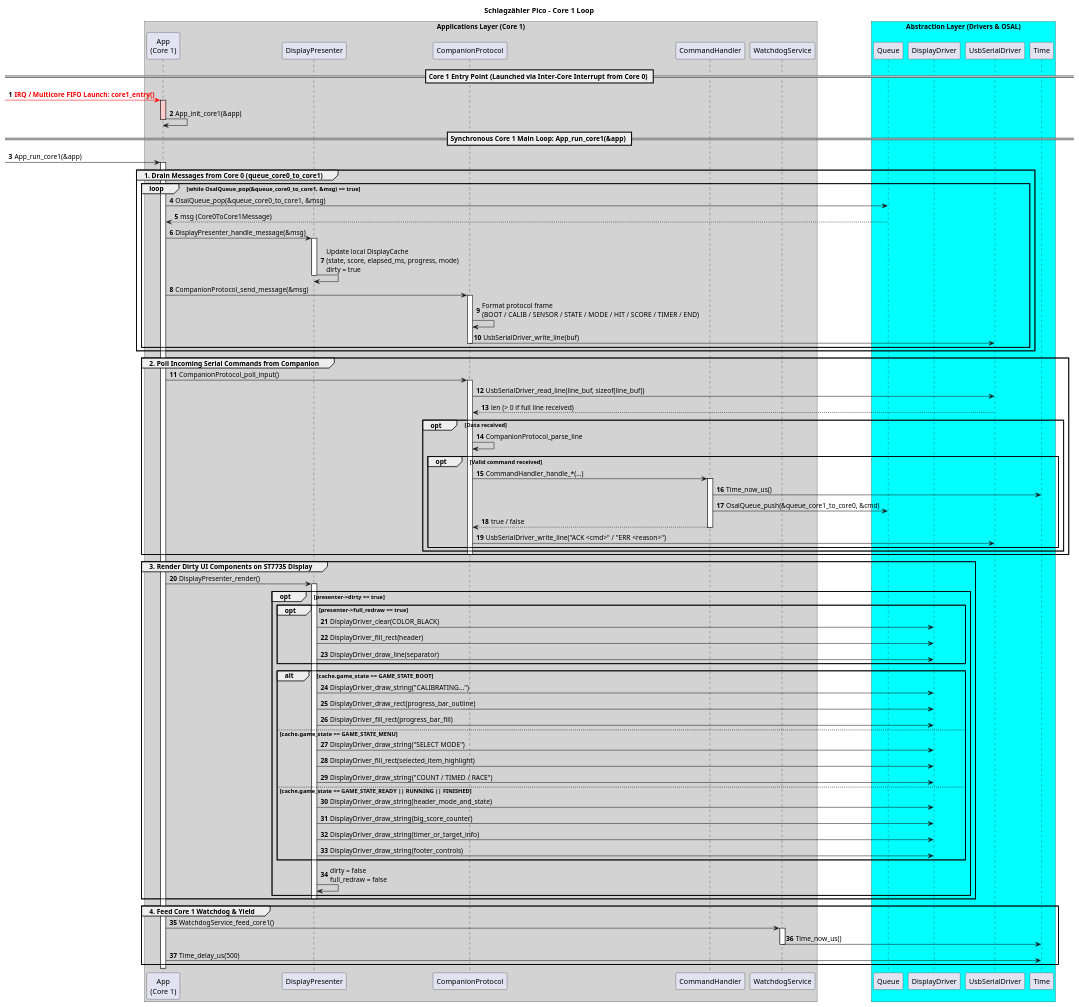
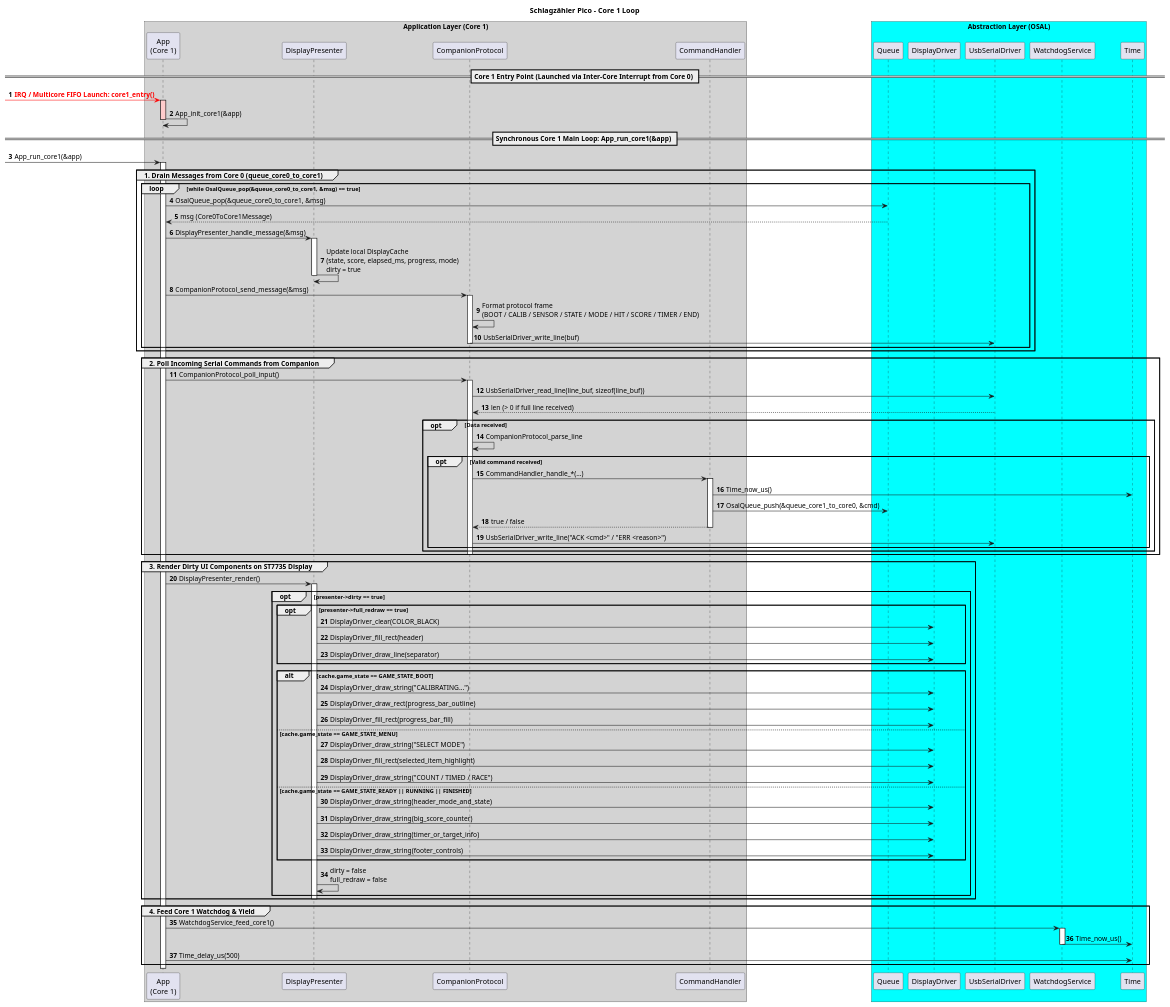
One commit to rafaelurben/raspberry-pi-pico-schlagzaehler changed the diagram in docs/diagrams/sequence_pico_core1_loop.puml. Above: the diagram before and after it, drawn with PlantUML. The commit also changed 4 other files, not shown here.

Commit message:
chore(docs): Standardise class naming in diagrams

```diff
--- a/docs/diagrams/sequence_pico_core1_loop.puml
+++ b/docs/diagrams/sequence_pico_core1_loop.puml
@@ -1,116 +1,116 @@
 @startuml
 title Schlagzähler Pico – Core 1 Loop
 
 skinparam shadowing false
 skinparam responseMessageBelowArrow true
 skinparam sequenceMessageAlign left
 autonumber
 
-box "Applications Layer (Core 1)" #LightGray
+box "Application Layer (Core 1)" #LightGray
     participant "App\n(Core 1)" as App
     participant "DisplayPresenter" as DisplayPresenter
     participant "CompanionProtocol" as CompanionProtocol
     participant "CommandHandler" as CommandHandler
-    participant "WatchdogService" as WatchdogService
 end box
 
-box "Abstraction Layer (Drivers & OSAL)" #Cyan
+box "Abstraction Layer (OSAL)" #Cyan
     participant "Queue" as Queue
     participant "DisplayDriver" as DisplayDriver
     participant "UsbSerialDriver" as UsbSerialDriver
+    participant "WatchdogService" as WatchdogService
     participant "Time" as Time
 end box
 
 == Core 1 Entry Point (Launched via Inter-Core Interrupt from Core 0) ==
 
 [-[#Red]> App : <color:Red><b>IRQ / Multicore FIFO Launch: core1_entry()</b></color>
 activate App #FFCCCC
 App -> App : App_init_core1(&app)
 deactivate App
 
 == Synchronous Core 1 Main Loop: App_run_core1(&app) ==
 
 [-> App : App_run_core1(&app)
 activate App
 
 group 1. Drain Messages from Core 0 (queue_core0_to_core1)
     loop while OsalQueue_pop(&queue_core0_to_core1, &msg) == true
         App -> Queue : OsalQueue_pop(&queue_core0_to_core1, &msg)
         Queue --> App : msg (Core0ToCore1Message)
 
         App -> DisplayPresenter : DisplayPresenter_handle_message(&msg)
         activate DisplayPresenter
         DisplayPresenter -> DisplayPresenter : Update local DisplayCache\n(state, score, elapsed_ms, progress, mode)\ndirty = true
         deactivate DisplayPresenter
 
         App -> CompanionProtocol : CompanionProtocol_send_message(&msg)
         activate CompanionProtocol
         CompanionProtocol -> CompanionProtocol : Format protocol frame\n(BOOT / CALIB / SENSOR / STATE / MODE / HIT / SCORE / TIMER / END)
         CompanionProtocol -> UsbSerialDriver : UsbSerialDriver_write_line(buf)
         deactivate CompanionProtocol
     end
 end
 
 group 2. Poll Incoming Serial Commands from Companion
     App -> CompanionProtocol : CompanionProtocol_poll_input()
     activate CompanionProtocol
     CompanionProtocol -> UsbSerialDriver : UsbSerialDriver_read_line(line_buf, sizeof(line_buf))
     UsbSerialDriver --> CompanionProtocol : len (> 0 if full line received)
 
     opt Data received
         CompanionProtocol -> CompanionProtocol : CompanionProtocol_parse_line
         opt Valid command received
             CompanionProtocol -> CommandHandler : CommandHandler_handle_*(...)
             activate CommandHandler
             CommandHandler -> Time : Time_now_us()
             CommandHandler -> Queue : OsalQueue_push(&queue_core1_to_core0, &cmd)
             CommandHandler --> CompanionProtocol : true / false
             deactivate CommandHandler
             CompanionProtocol -> UsbSerialDriver : UsbSerialDriver_write_line("ACK <cmd>" / "ERR <reason>")
         end
     end
     deactivate CompanionProtocol
 end
 
 group 3. Render Dirty UI Components on ST7735 Display
     App -> DisplayPresenter : DisplayPresenter_render()
     activate DisplayPresenter
     opt presenter->dirty == true
         opt presenter->full_redraw == true
             DisplayPresenter -> DisplayDriver : DisplayDriver_clear(COLOR_BLACK)
             DisplayPresenter -> DisplayDriver : DisplayDriver_fill_rect(header)
             DisplayPresenter -> DisplayDriver : DisplayDriver_draw_line(separator)
         end
 
         alt cache.game_state == GAME_STATE_BOOT
             DisplayPresenter -> DisplayDriver : DisplayDriver_draw_string("CALIBRATING...")
             DisplayPresenter -> DisplayDriver : DisplayDriver_draw_rect(progress_bar_outline)
             DisplayPresenter -> DisplayDriver : DisplayDriver_fill_rect(progress_bar_fill)
         else cache.game_state == GAME_STATE_MENU
             DisplayPresenter -> DisplayDriver : DisplayDriver_draw_string("SELECT MODE")
             DisplayPresenter -> DisplayDriver : DisplayDriver_fill_rect(selected_item_highlight)
             DisplayPresenter -> DisplayDriver : DisplayDriver_draw_string("COUNT / TIMED / RACE")
         else cache.game_state == GAME_STATE_READY || RUNNING || FINISHED
             DisplayPresenter -> DisplayDriver : DisplayDriver_draw_string(header_mode_and_state)
             DisplayPresenter -> DisplayDriver : DisplayDriver_draw_string(big_score_counter)
             DisplayPresenter -> DisplayDriver : DisplayDriver_draw_string(timer_or_target_info)
             DisplayPresenter -> DisplayDriver : DisplayDriver_draw_string(footer_controls)
         end
 
         DisplayPresenter -> DisplayPresenter : dirty = false\nfull_redraw = false
     end
     deactivate DisplayPresenter
 end
 
 group 4. Feed Core 1 Watchdog & Yield
     App -> WatchdogService : WatchdogService_feed_core1()
     activate WatchdogService
     WatchdogService -> Time : Time_now_us()
     deactivate WatchdogService
 
     App -> Time : Time_delay_us(500)
 end
 
 deactivate App
 
 @enduml
```
